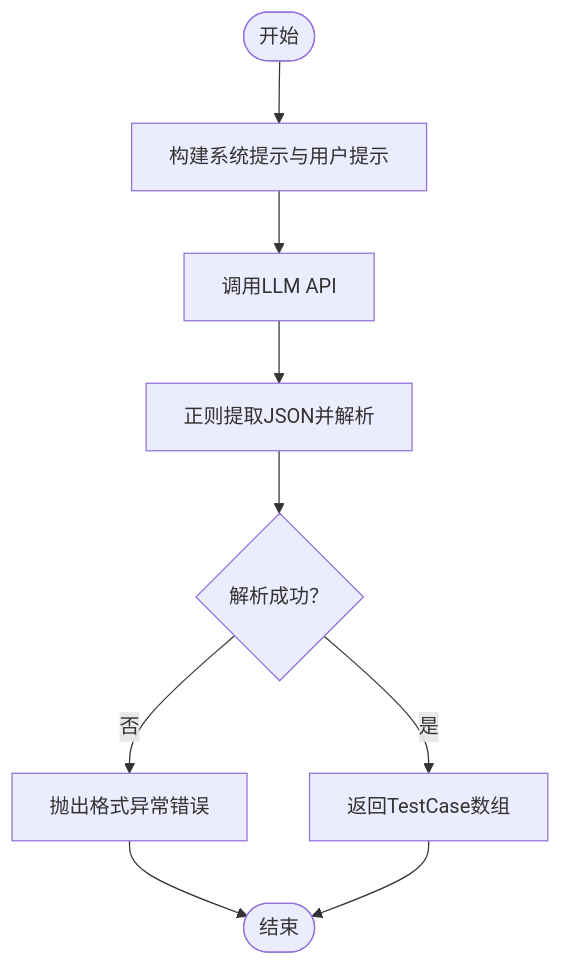
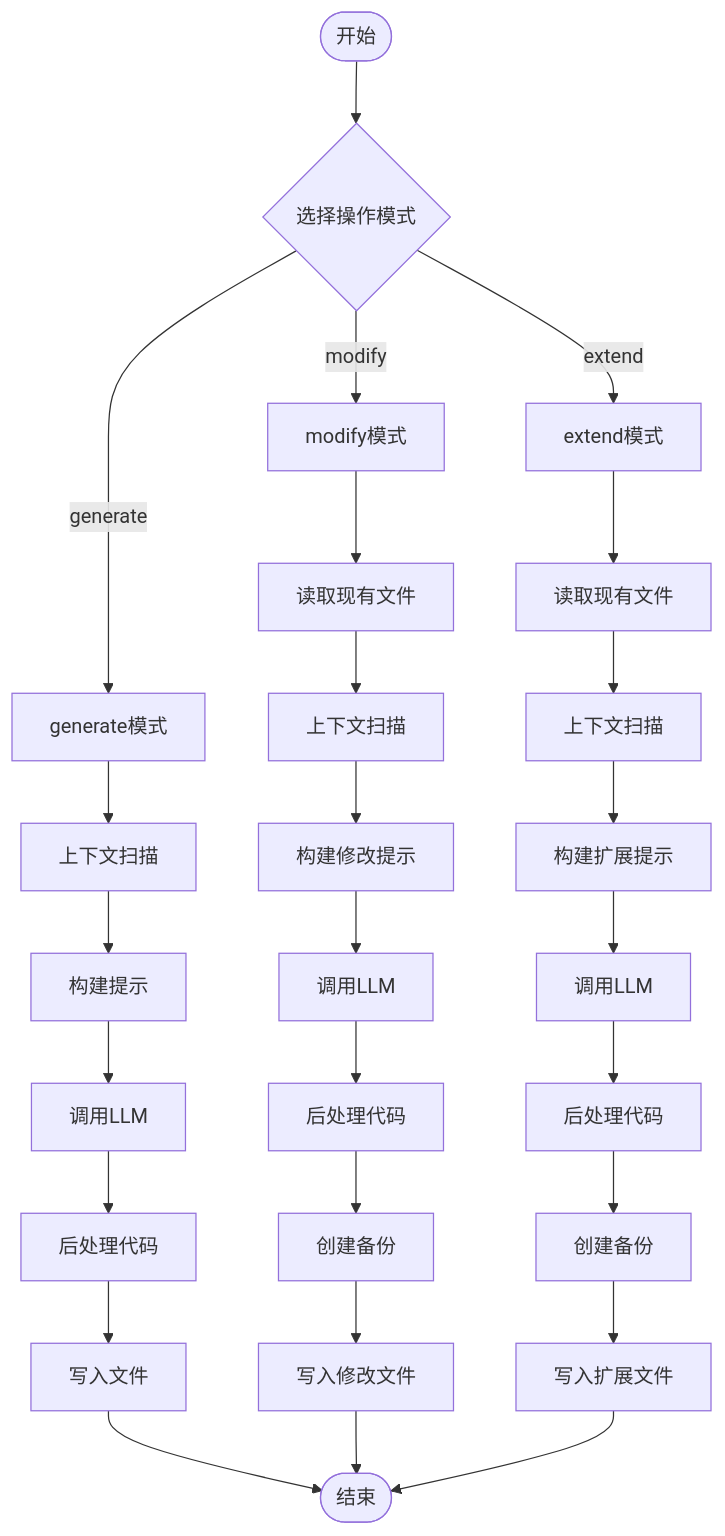
The third of 6 diagrams in .qoder/repowiki/zh/content/AI测试生成系统/AI测试生成系统.md (zzgoviziwind/--playwright), drawn with Mermaid before and after one commit. The commit also changed other lines of this file and 112 other files, not shown here.

````diff
--- a/.qoder/repowiki/zh/content/AI测试生成系统/AI测试生成系统.md
+++ b/.qoder/repowiki/zh/content/AI测试生成系统/AI测试生成系统.md
@@ -170,11 +208,29 @@
 ```mermaid
 flowchart TD
-Start(["开始"]) --> BuildPrompt["构建系统提示与用户提示"]
-BuildPrompt --> CallLLM["调用LLM API"]
-CallLLM --> Parse["正则提取JSON并解析"]
-Parse --> Valid{"解析成功？"}
-Valid --> |是| Return["返回TestCase数组"]
-Valid --> |否| Throw["抛出格式异常错误"]
-Throw --> End(["结束"])
-Return --> End
+Start(["开始"]) --> Mode{"选择操作模式"}
+Mode --> |generate| Gen["generate模式"]
+Mode --> |modify| Mod["modify模式"]
+Mode --> |extend| Ext["extend模式"]
+Gen --> Scan["上下文扫描"]
+Scan --> Build["构建提示"]
+Build --> Call["调用LLM"]
+Call --> Process["后处理代码"]
+Process --> Write["写入文件"]
+Write --> End(["结束"])
+Mod --> Read["读取现有文件"]
+Read --> Scan2["上下文扫描"]
+Scan2 --> Build2["构建修改提示"]
+Build2 --> Call2["调用LLM"]
+Call2 --> Process2["后处理代码"]
+Process2 --> Backup["创建备份"]
+Backup --> Write2["写入修改文件"]
+Write2 --> End
+Ext --> Read2["读取现有文件"]
+Read2 --> Scan3["上下文扫描"]
+Scan3 --> Build3["构建扩展提示"]
+Build3 --> Call3["调用LLM"]
+Call3 --> Process3["后处理代码"]
+Process3 --> Backup2["创建备份"]
+Backup2 --> Write3["写入扩展文件"]
+Write3 --> End
 ```
````
